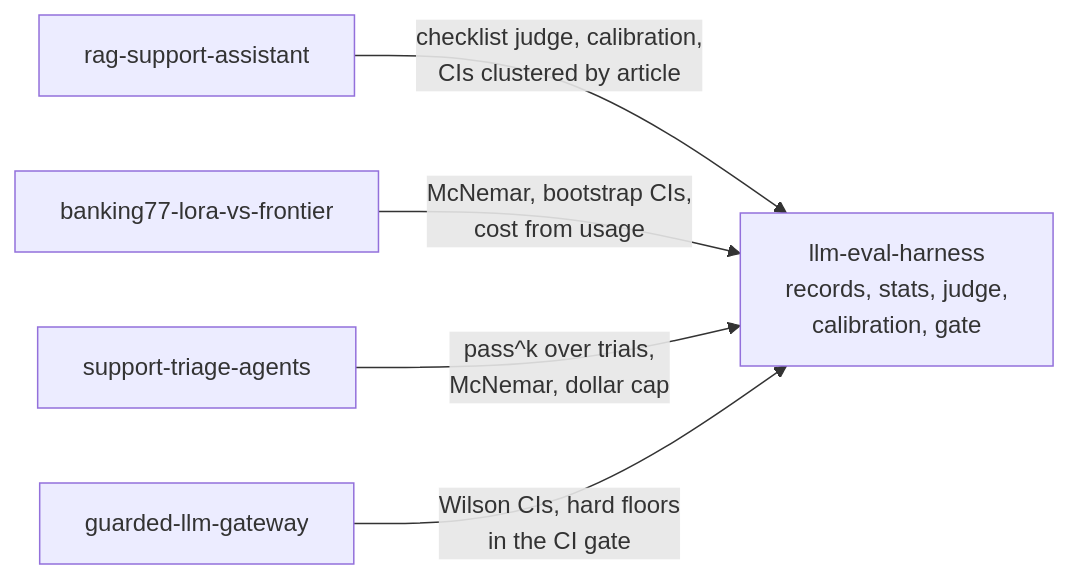
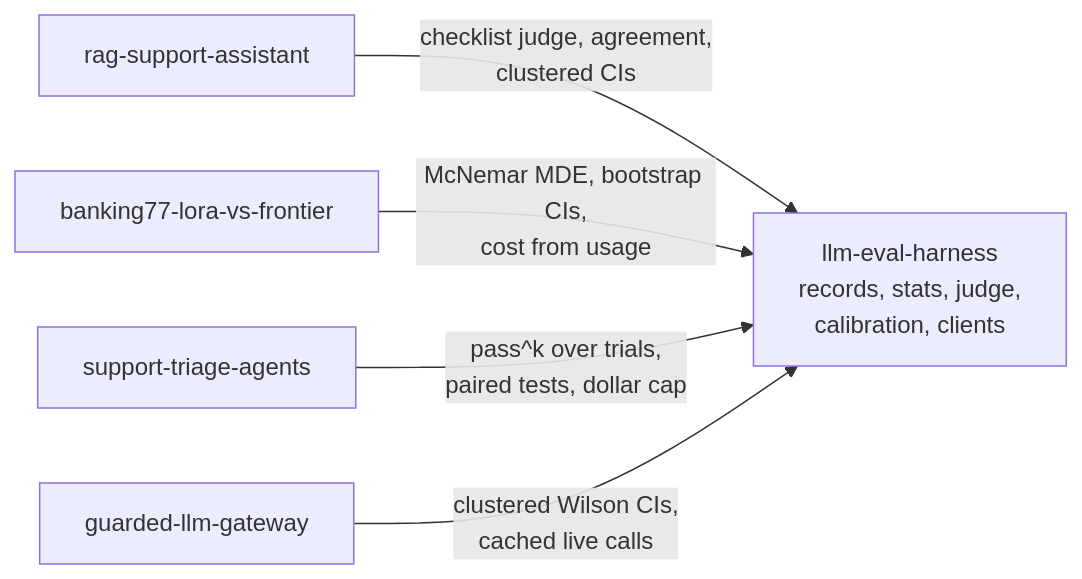
The diagram in README.md (rkemery/ai-01), drawn with Mermaid before and after one commit. The commit also changed other lines of this file and 3 other files, not shown here.

````diff
--- a/README.md
+++ b/README.md
@@ -113,8 +122,8 @@
 ```mermaid
 flowchart LR
-    H["llm-eval-harness<br/>records, stats, judge,<br/>calibration, gate"]
-    R["rag-support-assistant"] -- "checklist judge, calibration,<br/>CIs clustered by article" --> H
-    B["banking77-lora-vs-frontier"] -- "McNemar, bootstrap CIs,<br/>cost from usage" --> H
-    A["support-triage-agents"] -- "pass^k over trials,<br/>McNemar, dollar cap" --> H
-    G["guarded-llm-gateway"] -- "Wilson CIs, hard floors<br/>in the CI gate" --> H
+    H["llm-eval-harness<br/>records, stats, judge,<br/>calibration, clients"]
+    R["rag-support-assistant"] -- "checklist judge, agreement,<br/>clustered CIs" --> H
+    B["banking77-lora-vs-frontier"] -- "McNemar MDE, bootstrap CIs,<br/>cost from usage" --> H
+    A["support-triage-agents"] -- "pass^k over trials,<br/>paired tests, dollar cap" --> H
+    G["guarded-llm-gateway"] -- "clustered Wilson CIs,<br/>cached live calls" --> H
 ```
````
